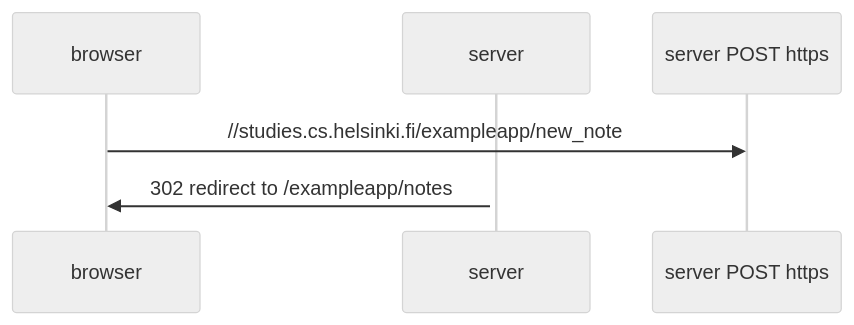
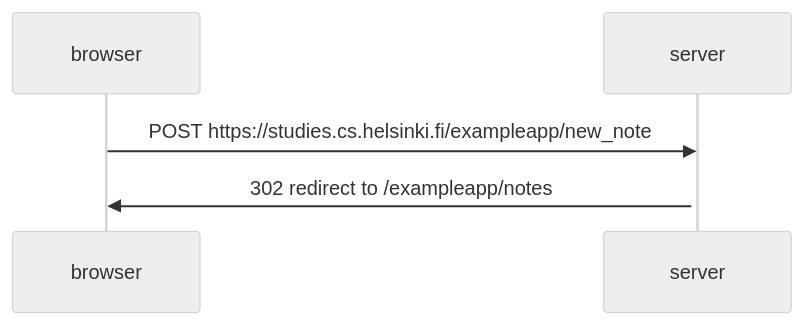
Before and after one commit to bilalabdelkadir/FullstackOpen: the diagram in part 0/NewNoteDiagram.md, drawn with Mermaid (neutral theme).

Commit message:
update 4

````diff
--- a/part 0/NewNoteDiagram.md
+++ b/part 0/NewNoteDiagram.md
@@ -1,9 +1,9 @@
 ```mermaid
 sequenceDiagram
     participant browser
     participant server
 
-    browser->>server POST https://studies.cs.helsinki.fi/exampleapp/new_note
+    browser->>server: POST https://studies.cs.helsinki.fi/exampleapp/new_note
     activate server
     server->>browser: 302 redirect to /exampleapp/notes
 ```
````
